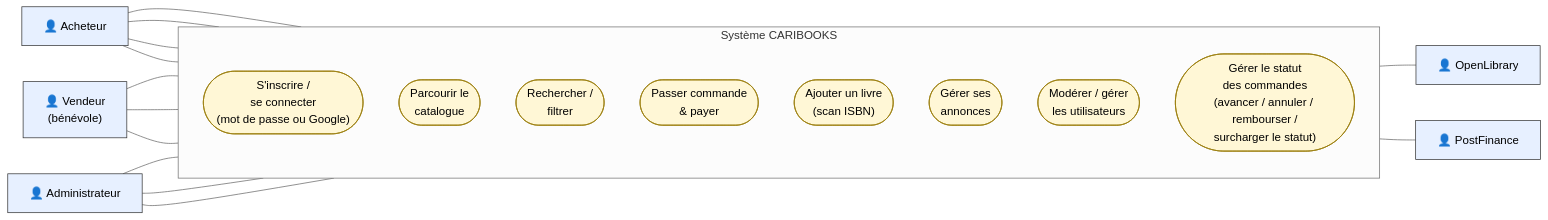
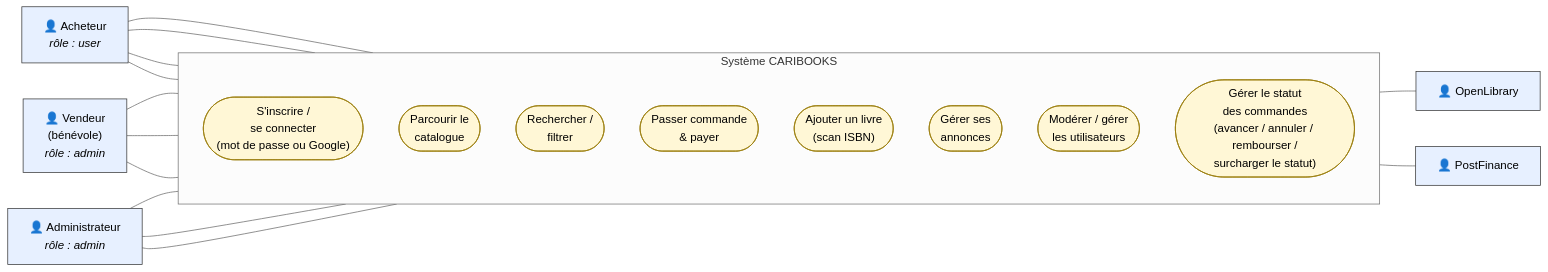
One commit to Visualstudiocodetest/caribooks changed the diagram in diagrams/use_case_global.mmd. Above: the diagram before and after it, drawn with Mermaid (neutral theme). The commit also changed 78 other files, not shown here.

```diff
--- a/diagrams/use_case_global.mmd
+++ b/diagrams/use_case_global.mmd
@@ -1,37 +1,37 @@
 %% Diagramme des cas d'utilisation — Vue globale du système
 flowchart LR
-    ach["👤 Acheteur"]
-    vend["👤 Vendeur<br/>(bénévole)"]
-    admin["👤 Administrateur"]
+    ach["👤 Acheteur<br/><i>rôle : user</i>"]
+    vend["👤 Vendeur<br/>(bénévole)<br/><i>rôle : admin</i>"]
+    admin["👤 Administrateur<br/><i>rôle : admin</i>"]
     ol["👤 OpenLibrary"]
     pf["👤 PostFinance"]
 
     subgraph S["Système CARIBOOKS"]
         direction TB
         uc1(["S'inscrire /<br/>se connecter<br/>(mot de passe ou Google)"])
         uc2(["Parcourir le<br/>catalogue"])
         uc3(["Rechercher /<br/>filtrer"])
         uc5(["Passer commande<br/>&amp; payer"])
         uc6(["Ajouter un livre<br/>(scan ISBN)"])
         uc7(["Gérer ses<br/>annonces"])
         uc8(["Modérer / gérer<br/>les utilisateurs"])
         uc9(["Gérer le statut<br/>des commandes<br/>(avancer / annuler / rembourser /<br/>surcharger le statut)"])
     end
 
     ach --- uc1
     ach --- uc2
     ach --- uc3
     ach --- uc5
     vend --- uc1
     vend --- uc6
     vend --- uc7
     admin --- uc8
     admin --- uc7
     admin --- uc9
     uc6 --- ol
     uc5 --- pf
 
     classDef actor fill:#e7f0ff,stroke:#333;
     classDef uc fill:#fff7d6,stroke:#9a7d0a;
     class ach,vend,admin,ol,pf actor;
     class uc1,uc2,uc3,uc5,uc6,uc7,uc8,uc9 uc;
```
